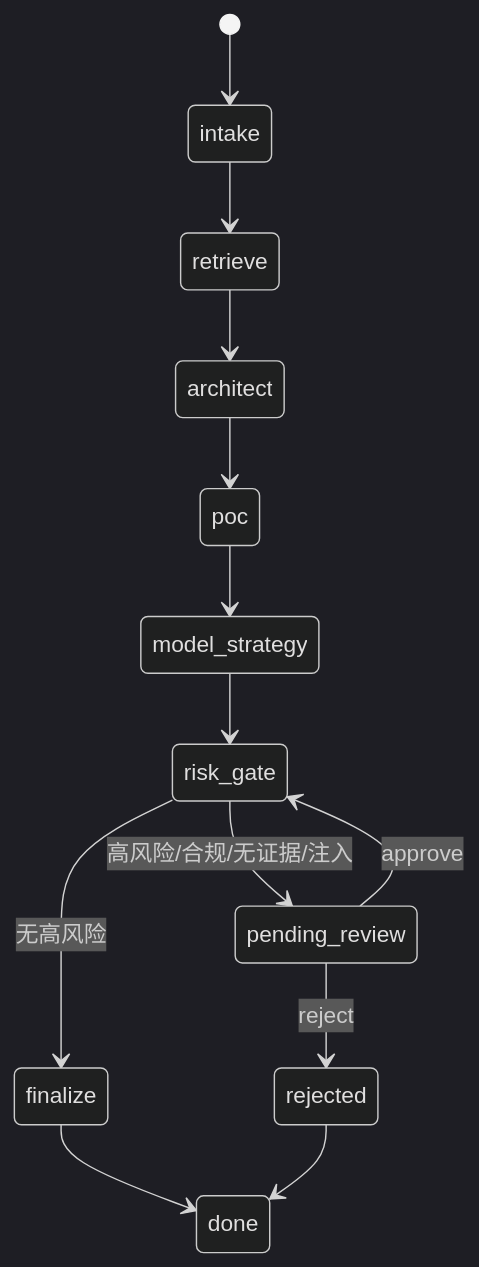
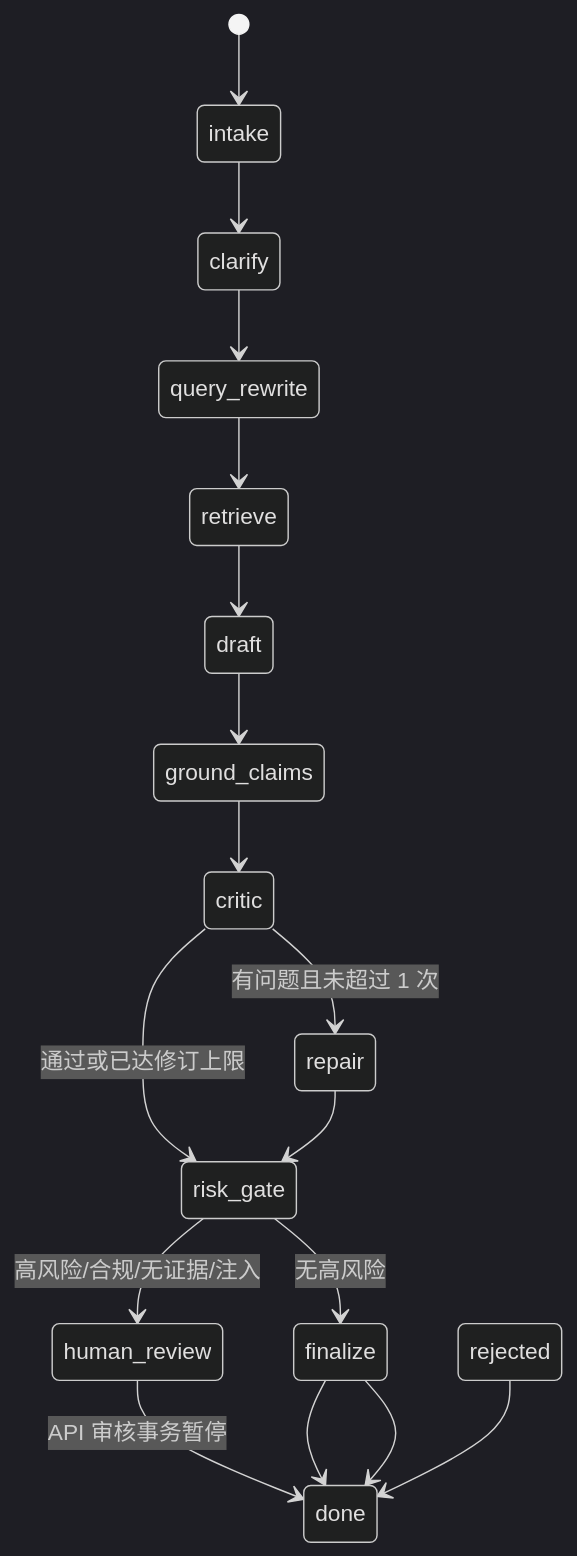
Before and after one commit to Lukesour/ai-presales-copilot: the diagram in docs/agent-design.md, drawn with Mermaid (dark theme). The commit also changed other lines of this file and 55 other files, not shown here.

````diff
--- a/docs/agent-design.md
+++ b/docs/agent-design.md
@@ -14,15 +14,19 @@
 ```mermaid
 stateDiagram-v2
     [*] --> intake
-    intake --> retrieve
-    retrieve --> architect
-    architect --> poc
-    poc --> model_strategy
-    model_strategy --> risk_gate
+    intake --> clarify
+    clarify --> query_rewrite
+    query_rewrite --> retrieve
+    retrieve --> draft
+    draft --> ground_claims
+    ground_claims --> critic
+    critic --> repair: 有问题且未超过 1 次
+    critic --> risk_gate: 通过或已达修订上限
+    repair --> risk_gate
+    risk_gate --> human_review: 高风险/合规/无证据/注入
     risk_gate --> finalize: 无高风险
-    risk_gate --> pending_review: 高风险/合规/无证据/注入
-    pending_review --> risk_gate: approve
-    pending_review --> rejected: reject
+    human_review --> done: API 审核事务暂停
+    finalize --> done
     finalize --> done
     rejected --> done
 ```
````
